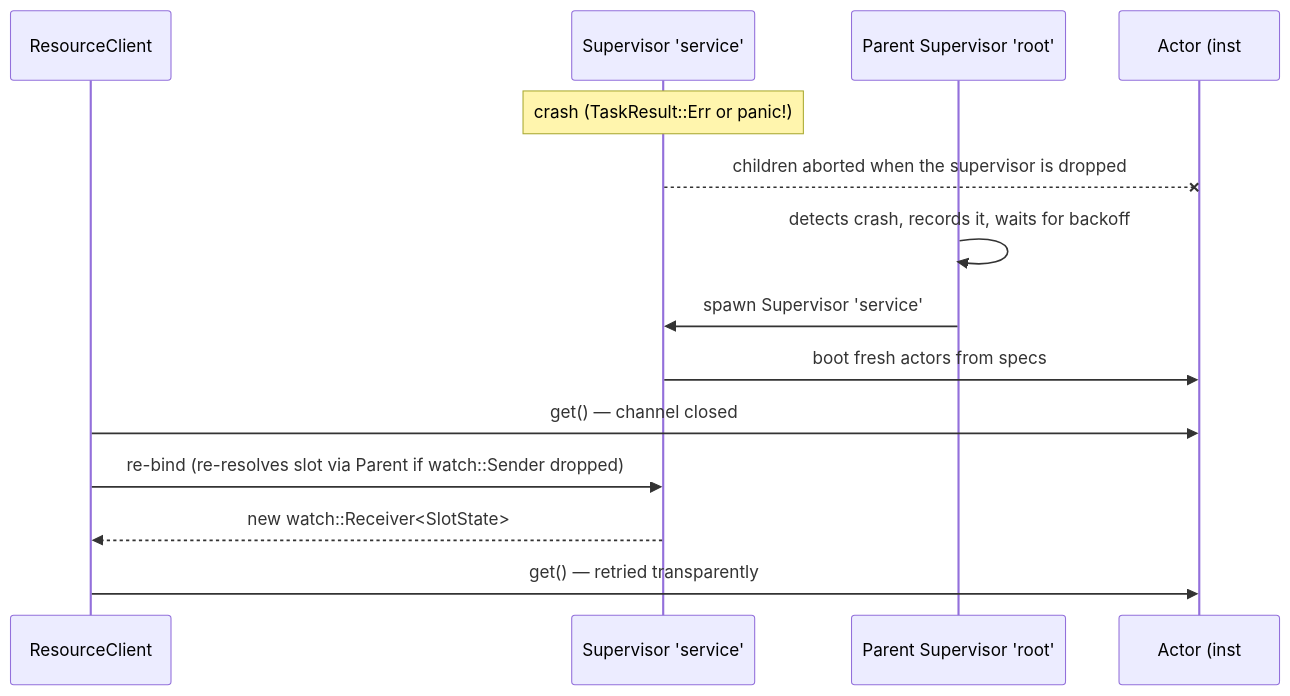
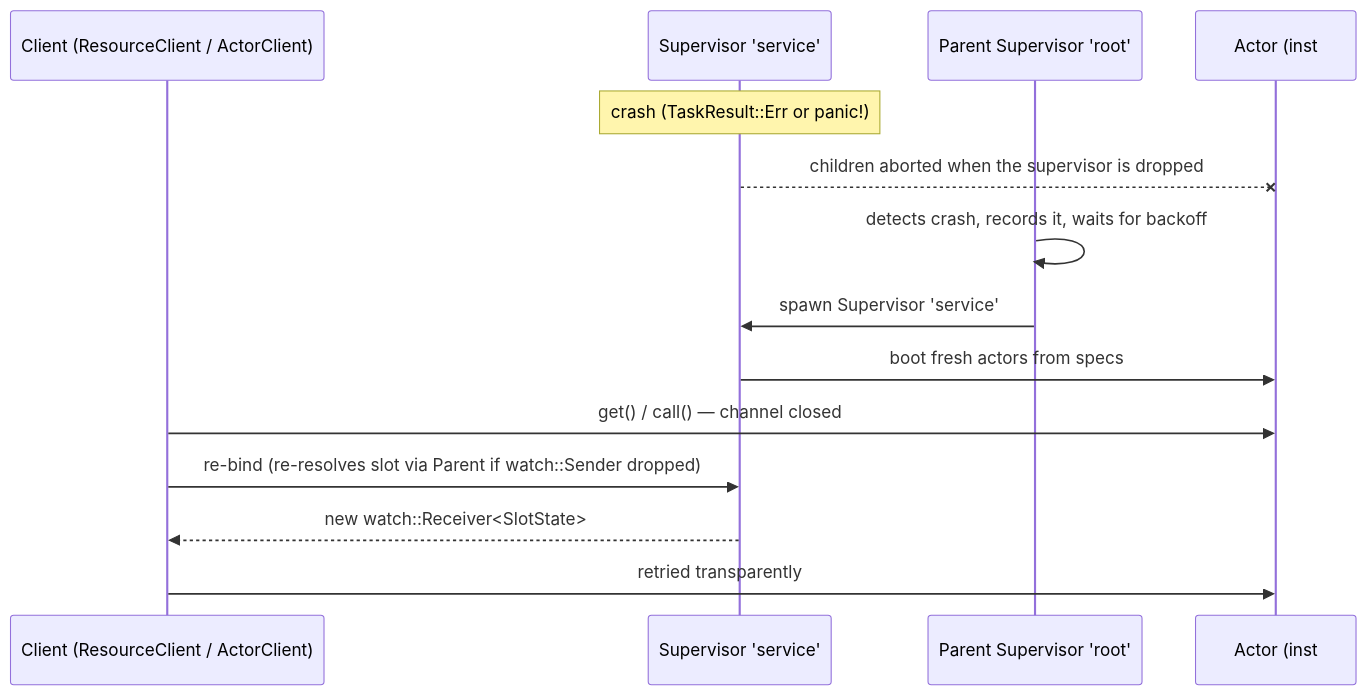
Before and after one commit to AlfredWeirich/otp-actor: the fourth of 4 diagrams in README.md, drawn with Mermaid. The commit also changed other lines of this file and 2 other files, not shown here.

````diff
--- a/README.md
+++ b/README.md
@@ -1181,17 +810,17 @@
 ```mermaid
 sequenceDiagram
-    participant C as ResourceClient
+    participant C as Client (ResourceClient / ActorClient)
     participant S as Supervisor 'service' #1
     participant R as Parent Supervisor 'root'
     participant A as Actor (inst #1)
 
     Note over S: crash (TaskResult::Err or panic!)
     S--xA: children aborted when the supervisor is dropped
     R->>R: detects crash, records it, waits for backoff
     R->>S: spawn Supervisor 'service' #2 (same ChildSpecs)
     S->>A: boot fresh actors from specs
-    C->>A: get() — channel closed
+    C->>A: get() / call() — channel closed
     C->>S: re-bind (re-resolves slot via Parent if watch::Sender dropped)
     S-->>C: new watch::Receiver<SlotState>
-    C->>A: get() — retried transparently
+    C->>A: retried transparently
 ```
````
